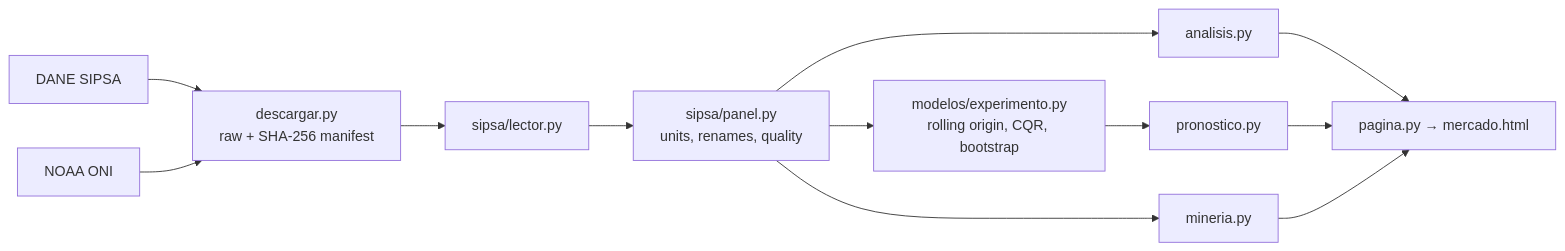
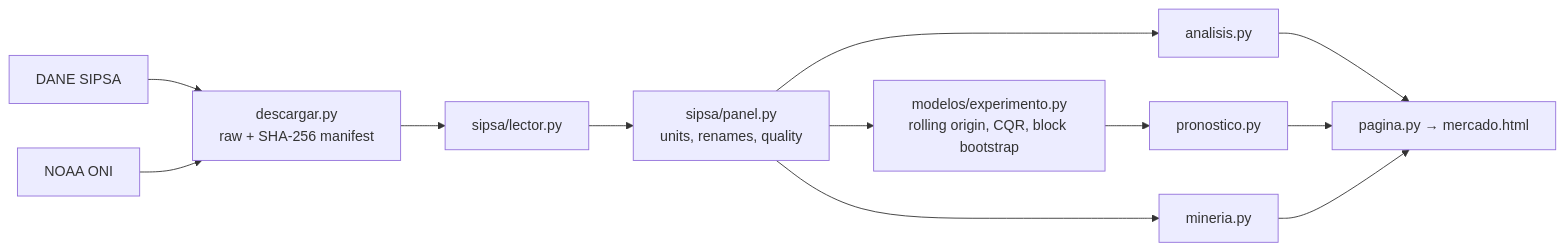
Before and after one commit to JohanGB/NowMarket: the diagram in README.en.md, drawn with Mermaid. The commit also changed other lines of this file and 57 other files, not shown here.

````diff
--- a/README.en.md
+++ b/README.en.md
@@ -62,9 +90,9 @@
 ```mermaid
 flowchart LR
   A[DANE SIPSA] --> D[descargar.py<br/>raw + SHA-256 manifest]
   B[NOAA ONI] --> D
   D --> L[sipsa/lector.py] --> P[sipsa/panel.py<br/>units, renames, quality]
   P --> I[analisis.py] --> W[pagina.py → mercado.html]
-  P --> X[modelos/experimento.py<br/>rolling origin, CQR, bootstrap] --> F[pronostico.py] --> W
+  P --> X[modelos/experimento.py<br/>rolling origin, CQR, block bootstrap] --> F[pronostico.py] --> W
   P --> M[mineria.py] --> W
 ```
````
